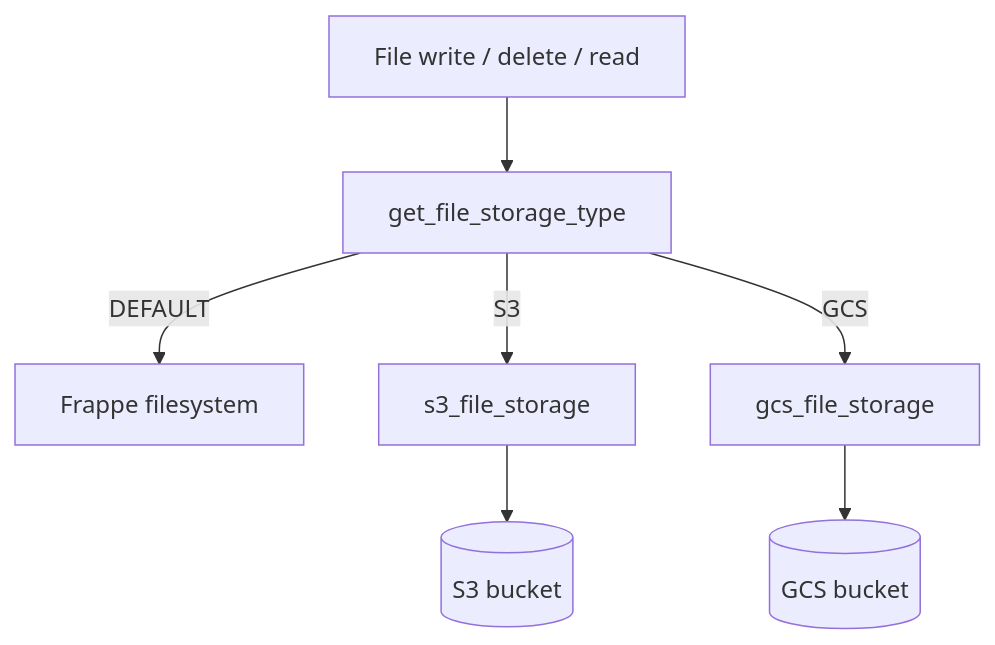
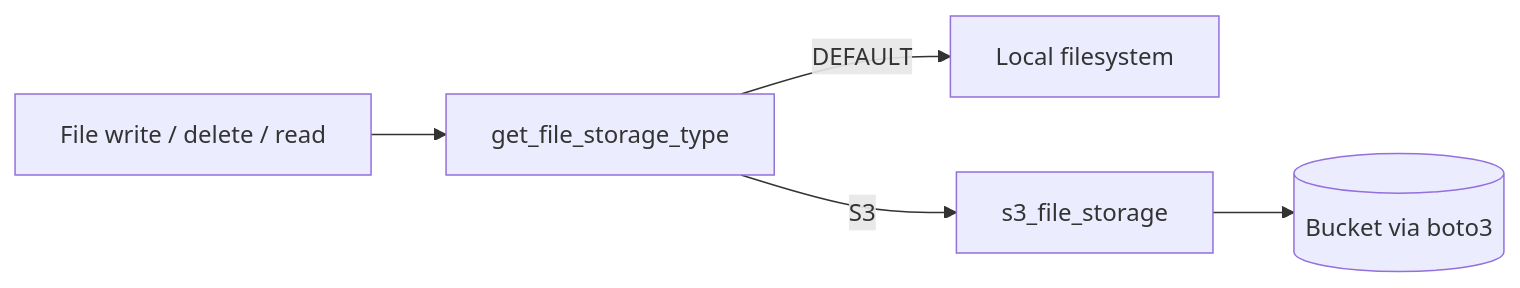
One commit to CarrumMobility/frappe-core changed the diagram in docs/technical/file_storage.md. Above: the diagram before and after it, drawn with Mermaid. The commit also changed other lines of this file and 10 other files, not shown here.

Commit message:
Remove Google Cloud Storage (GCS) support and related configurations

````diff
--- a/docs/technical/file_storage.md
+++ b/docs/technical/file_storage.md
@@ -27,9 +18,7 @@
 ```mermaid
-flowchart TD
+flowchart LR
   Upload[File write / delete / read] --> Sel[get_file_storage_type]
-  Sel -->|DEFAULT| Local[Frappe filesystem]
+  Sel -->|DEFAULT| FS[Local filesystem]
   Sel -->|S3| S3H[s3_file_storage]
-  Sel -->|GCS| GCSH[gcs_file_storage]
-  S3H --> S3B[(S3 bucket)]
-  GCSH --> GCSB[(GCS bucket)]
+  S3H --> Obj[(Bucket via boto3)]
 ```
````
